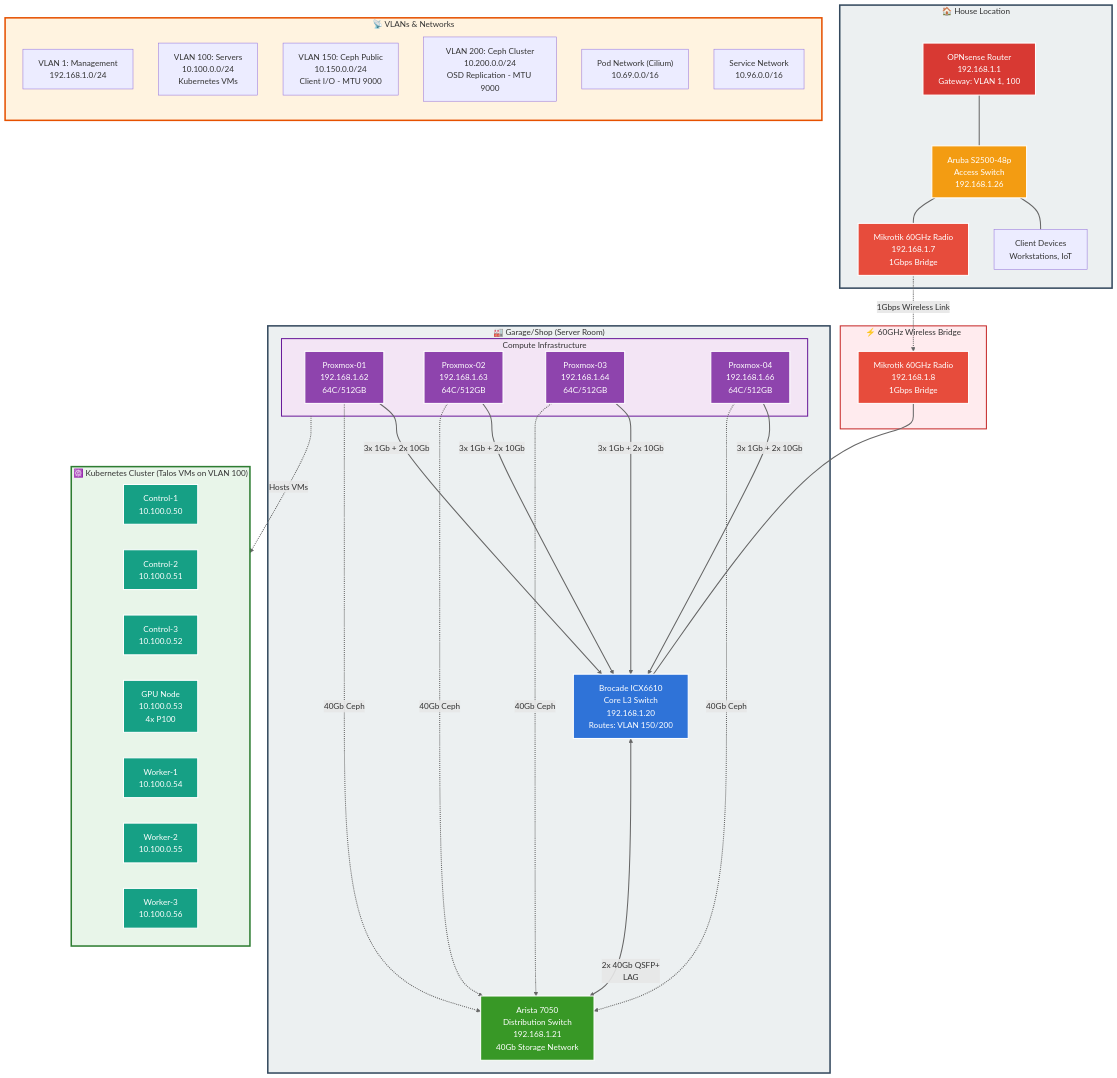
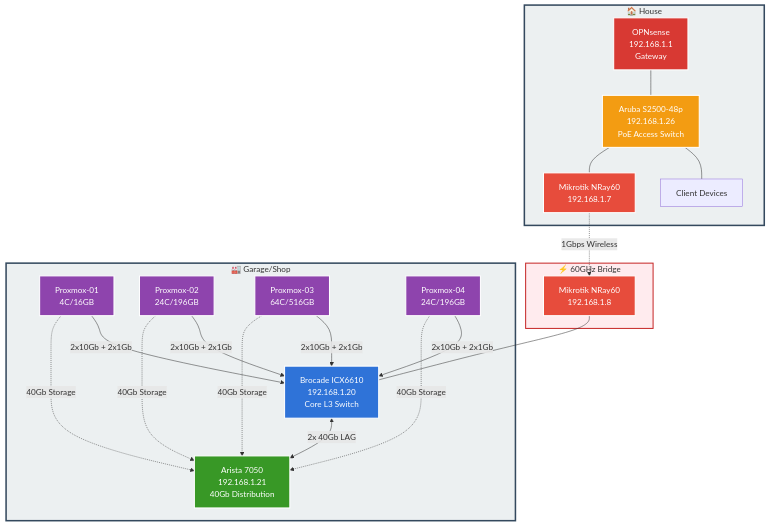
The second of 4 diagrams in README.md (dapperdivers/dapper-cluster), drawn with Mermaid before and after one commit. The commit also changed other lines of this file and 1 other file, not shown here.

````diff
--- a/README.md
+++ b/README.md
@@ -157,81 +158,48 @@
     classDef distswitch fill:#389826,stroke:#fff,stroke-width:2px,color:#fff
     classDef accessswitch fill:#f39c12,stroke:#fff,stroke-width:2px,color:#fff
     classDef server fill:#8e44ad,stroke:#fff,stroke-width:2px,color:#fff
-    classDef vm fill:#16a085,stroke:#fff,stroke-width:2px,color:#fff
     classDef wireless fill:#e74c3c,stroke:#fff,stroke-width:2px,color:#fff
 
-    subgraph House["🏠 House Location"]
-        OPN["OPNsense Router<br/>192.168.1.1<br/>Gateway: VLAN 1, 100"]:::router
-        ARUBA["Aruba S2500-48p<br/>Access Switch<br/>192.168.1.26"]:::accessswitch
-        CLIENTS["Client Devices<br/>Workstations, IoT"]
-        WHOUSE["Mikrotik 60GHz Radio<br/>192.168.1.7<br/>1Gbps Bridge"]:::wireless
+    subgraph House["🏠 House"]
+        OPN["OPNsense<br/>192.168.1.1<br/>Gateway"]:::router
+        ARUBA["Aruba S2500-48p<br/>192.168.1.26<br/>PoE Access Switch"]:::accessswitch
+        CLIENTS["Client Devices"]
+        WHOUSE["Mikrotik NRay60<br/>192.168.1.7"]:::wireless
 
         OPN --- ARUBA
         ARUBA --- CLIENTS
         ARUBA --- WHOUSE
     end
 
-    subgraph Bridge["⚡ 60GHz Wireless Bridge"]
-        WHOUSE -.1Gbps Wireless Link.-> WSHOP
+    subgraph Bridge["⚡ 60GHz Bridge"]
+        WHOUSE -.1Gbps Wireless.-> WSHOP
     end
 
-    subgraph Garage["🏭 Garage/Shop (Server Room)"]
-        WSHOP["Mikrotik 60GHz Radio<br/>192.168.1.8<br/>1Gbps Bridge"]:::wireless
-        BROCADE["Brocade ICX6610<br/>Core L3 Switch<br/>192.168.1.20<br/>Routes: VLAN 150/200"]:::coreswitch
-        ARISTA["Arista 7050<br/>Distribution Switch<br/>192.168.1.21<br/>40Gb Storage Network"]:::distswitch
+    subgraph Garage["🏭 Garage/Shop"]
+        WSHOP["Mikrotik NRay60<br/>192.168.1.8"]:::wireless
+        BROCADE["Brocade ICX6610<br/>192.168.1.20<br/>Core L3 Switch"]:::coreswitch
+        ARISTA["Arista 7050<br/>192.168.1.21<br/>40Gb Distribution"]:::distswitch
+
+        PX1["Proxmox-01<br/>4C/16GB"]:::server
+        PX2["Proxmox-02<br/>24C/196GB"]:::server
+        PX3["Proxmox-03<br/>64C/516GB"]:::server
+        PX4["Proxmox-04<br/>24C/196GB"]:::server
 
         WSHOP --- BROCADE
-        BROCADE <-->|2x 40Gb QSFP+<br/>LAG| ARISTA
+        BROCADE <-->|2x 40Gb LAG| ARISTA
 
-        subgraph Compute["Compute Infrastructure"]
-            PX1["Proxmox-01<br/>192.168.1.62<br/>64C/512GB"]:::server
-            PX2["Proxmox-02<br/>192.168.1.63<br/>64C/512GB"]:::server
-            PX3["Proxmox-03<br/>192.168.1.64<br/>64C/512GB"]:::server
-            PX4["Proxmox-04<br/>192.168.1.66<br/>64C/512GB"]:::server
-        end
+        PX1 -->|2x10Gb + 2x1Gb| BROCADE
+        PX2 -->|2x10Gb + 2x1Gb| BROCADE
+        PX3 -->|2x10Gb + 2x1Gb| BROCADE
+        PX4 -->|2x10Gb + 2x1Gb| BROCADE
 
-        PX1 -->|3x 1Gb + 2x 10Gb| BROCADE
-        PX2 -->|3x 1Gb + 2x 10Gb| BROCADE
-        PX3 -->|3x 1Gb + 2x 10Gb| BROCADE
-        PX4 -->|3x 1Gb + 2x 10Gb| BROCADE
-
-        PX1 -.40Gb Ceph.-> ARISTA
-        PX2 -.40Gb Ceph.-> ARISTA
-        PX3 -.40Gb Ceph.-> ARISTA
-        PX4 -.40Gb Ceph.-> ARISTA
+        PX1 -.40Gb Storage.-> ARISTA
+        PX2 -.40Gb Storage.-> ARISTA
+        PX3 -.40Gb Storage.-> ARISTA
+        PX4 -.40Gb Storage.-> ARISTA
     end
 
-    subgraph K8S["☸️ Kubernetes Cluster (Talos VMs on VLAN 100)"]
-        direction LR
-        CP1["Control-1<br/>10.100.0.50"]:::vm
-        CP2["Control-2<br/>10.100.0.51"]:::vm
-        CP3["Control-3<br/>10.100.0.52"]:::vm
-        GPU["GPU Node<br/>10.100.0.53<br/>4x P100"]:::vm
-        W1["Worker-1<br/>10.100.0.54"]:::vm
-        W2["Worker-2<br/>10.100.0.55"]:::vm
-        W3["Worker-3<br/>10.100.0.56"]:::vm
-    end
-
-    subgraph VLANs["📡 VLANs & Networks"]
-        direction TB
-        V1["VLAN 1: Management<br/>192.168.1.0/24"]
-        V100["VLAN 100: Servers<br/>10.100.0.0/24<br/>Kubernetes VMs"]
-        V150["VLAN 150: Ceph Public<br/>10.150.0.0/24<br/>Client I/O - MTU 9000"]
-        V200["VLAN 200: Ceph Cluster<br/>10.200.0.0/24<br/>OSD Replication - MTU 9000"]
-        CPOD["Pod Network (Cilium)<br/>10.69.0.0/16"]
-        CSVC["Service Network<br/>10.96.0.0/16"]
-    end
-
-    Compute -.Hosts VMs.-> K8S
-
-    %% Subgraph styling
     style House fill:#ecf0f1,stroke:#34495e,stroke-width:3px
     style Garage fill:#ecf0f1,stroke:#34495e,stroke-width:3px
-    style K8S fill:#e8f5e9,stroke:#2e7d32,stroke-width:3px
-    style VLANs fill:#fff3e0,stroke:#e65100,stroke-width:3px
-    style Compute fill:#f3e5f5,stroke:#6a1b9a,stroke-width:2px
     style Bridge fill:#ffebee,stroke:#c62828,stroke-width:2px
-
-    %% Link styling
-    linkStyle default stroke:#666,stroke-width:2px
 ```
````
